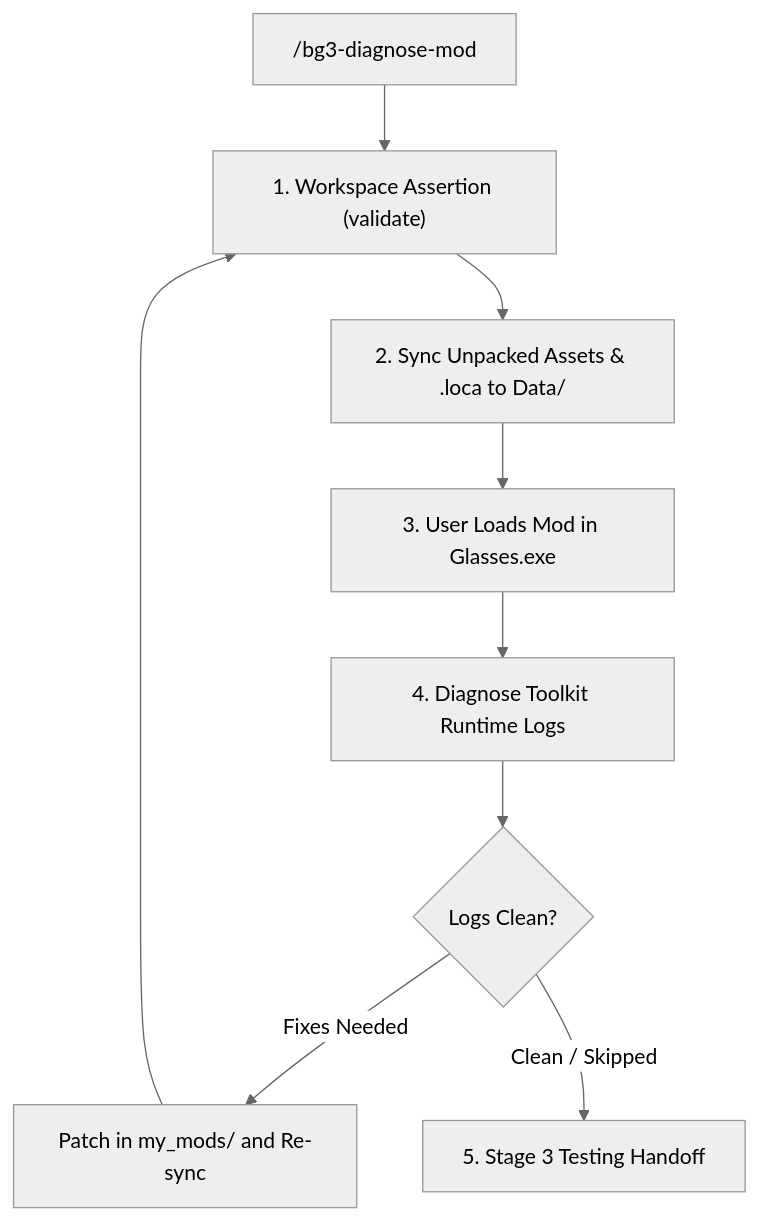
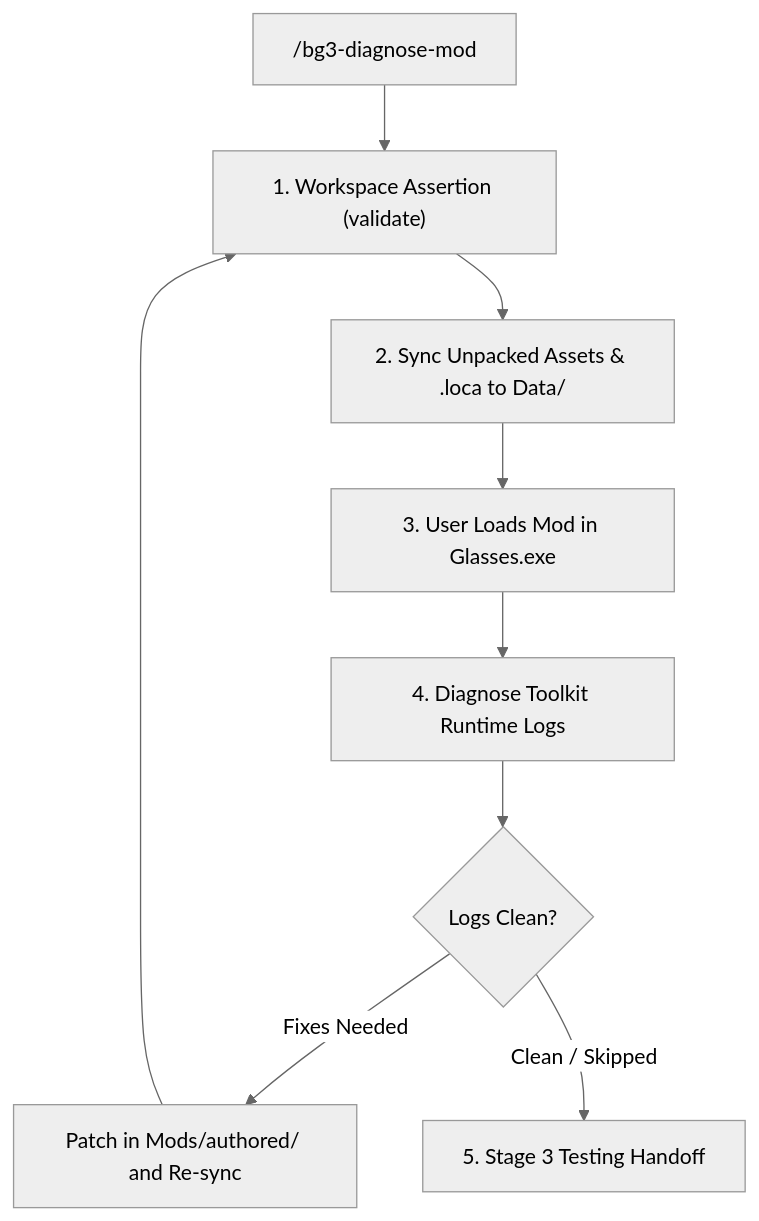
One commit to jpelton-stroud/bg3-mod-studio changed the diagram in packages/bg3-authoring/bg3_authoring/skills/bg3-diagnose-mod/SKILL.md. Above: the diagram before and after it, drawn with Mermaid (neutral theme). The commit also changed other lines of this file and 51 other files, not shown here.

First line of the commit message:
fix(core): harden security boundaries, align router schemas, and sync docs (#69)

````diff
--- a/packages/bg3-authoring/bg3_authoring/skills/bg3-diagnose-mod/SKILL.md
+++ b/packages/bg3-authoring/bg3_authoring/skills/bg3-diagnose-mod/SKILL.md
@@ -20,11 +20,11 @@
 ```mermaid
 flowchart TD
     Start["/bg3-diagnose-mod <slug>"] --> Preflight["1. Workspace Assertion (validate)"]
     Preflight --> Sync["2. Sync Unpacked Assets & .loca to Data/"]
     Sync --> UserAction["3. User Loads Mod in Glasses.exe"]
     UserAction --> Triage["4. Diagnose Toolkit Runtime Logs"]
     Triage --> Clean{"Logs Clean?"}
-    Clean -->|"Fixes Needed"| Patch["Patch in my_mods/ and Re-sync"]
+    Clean -->|"Fixes Needed"| Patch["Patch in Mods/authored/ and Re-sync"]
     Patch --> Preflight
     Clean -->|"Clean / Skipped"| Gate["5. Stage 3 Testing Handoff"]
 ```
````
